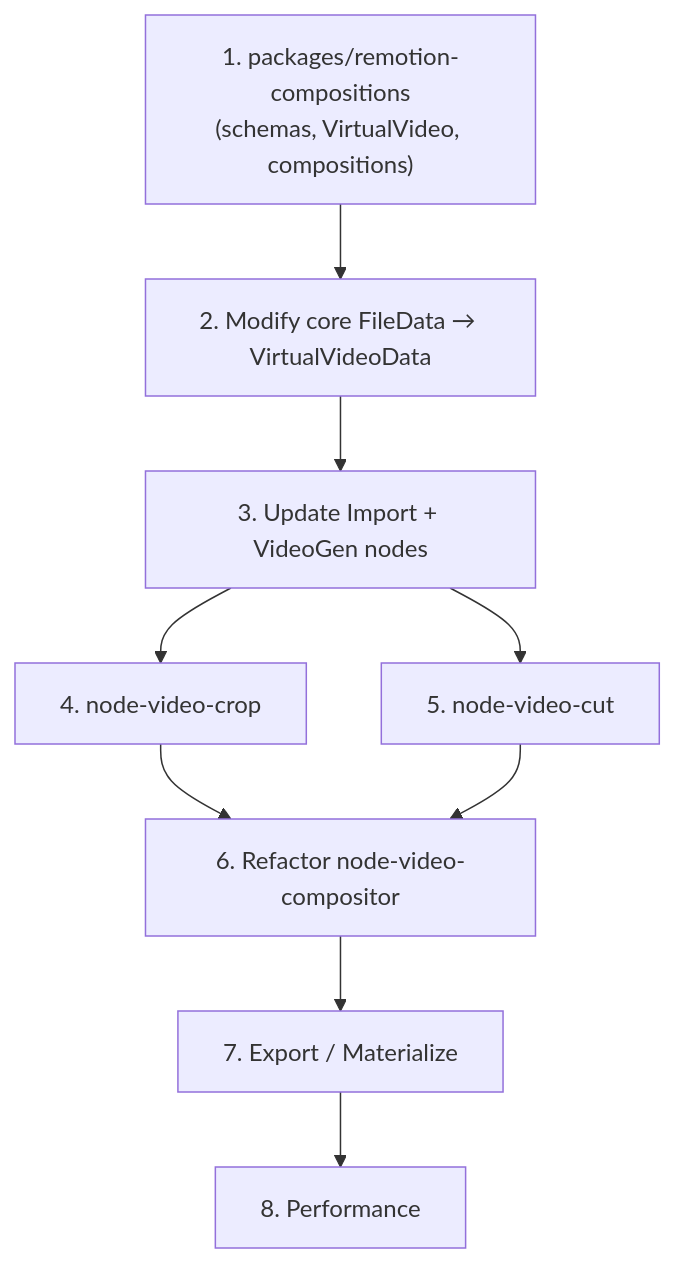
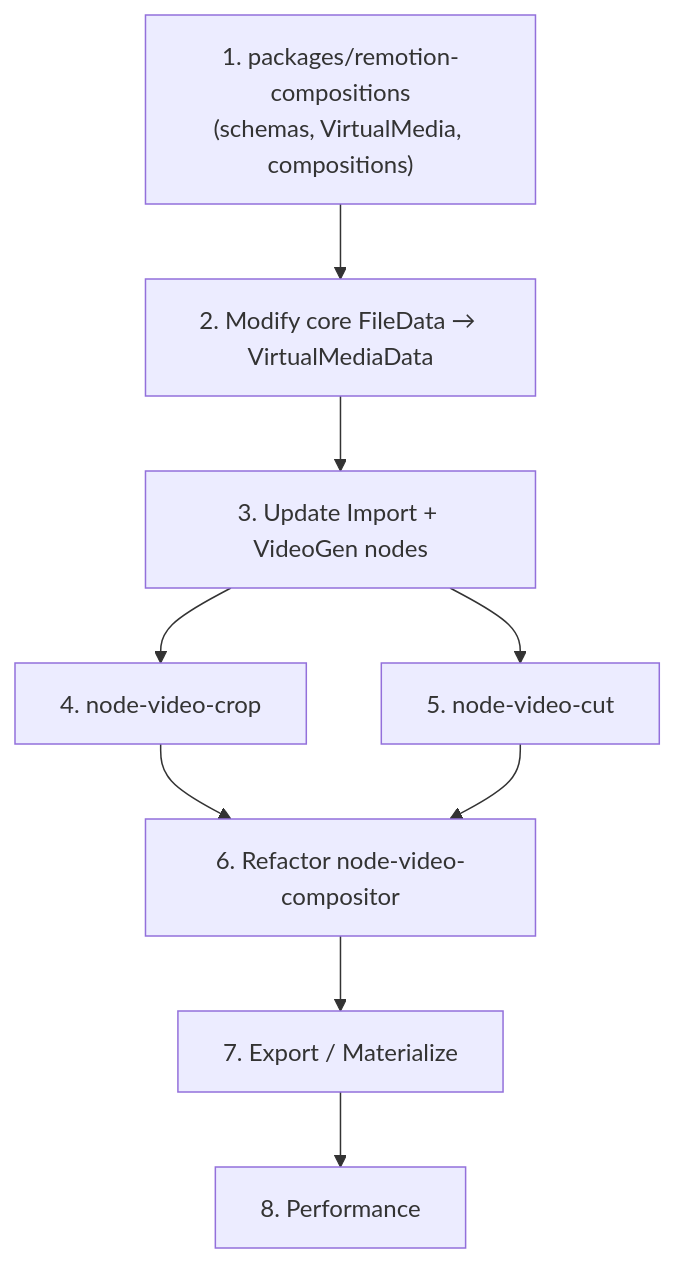
One commit to gatewai-dev/Gatewai changed the diagram in spec/video-implementation-spec.md. Above: the diagram before and after it, drawn with Mermaid. The commit also changed other lines of this file and 37 other files, not shown here.

````diff
--- a/spec/video-implementation-spec.md
+++ b/spec/video-implementation-spec.md
@@ -991,11 +991,11 @@
 ```mermaid
 graph TD
-  A["1. packages/remotion-compositions<br>(schemas, VirtualVideo, compositions)"] --> B["2. Modify core FileData → VirtualVideoData"]
+  A["1. packages/remotion-compositions<br>(schemas, VirtualMedia, compositions)"] --> B["2. Modify core FileData → VirtualMediaData"]
   B --> C["3. Update Import + VideoGen nodes"]
   C --> D["4. node-video-crop"]
   C --> E["5. node-video-cut"]
   D --> F["6. Refactor node-video-compositor"]
   E --> F
   F --> G["7. Export / Materialize"]
   G --> H["8. Performance"]
 ```
````
